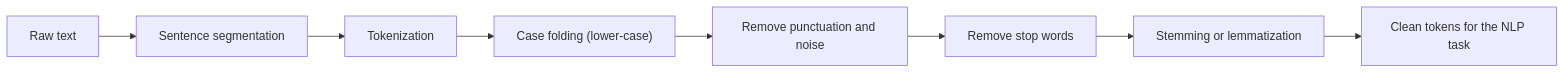
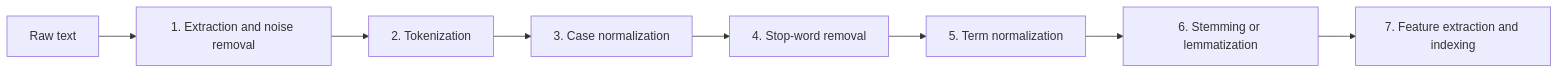
Before and after one commit to TrendySloth1001/sem-seven-notes: the first of 3 diagrams in content/natural-language-processing/notes/text-preprocessing.mdx, drawn with Mermaid. The commit also changed other lines of this file and 406 other files, not shown here.

Commit message:
Rewrite all NLP notes and answers from the teachers' class files and add both class assignments with solutions. They cite only the class notes, solved PYQs, assignment solution and Module 6 slides, use 67 class figures, and drop the web references and Wikimedia images.

````diff
--- a/content/natural-language-processing/notes/text-preprocessing.mdx
+++ b/content/natural-language-processing/notes/text-preprocessing.mdx
@@ -77,11 +45,11 @@
 ```mermaid
-%% caption: A usual preprocessing pipeline. Each box takes the output of the box before it. Not every task needs every step: a search engine usually keeps all of them, a chatbot using a modern language model often keeps only tokenization.
+%% caption: The text processing pipeline as the class lists it. Raw text goes in on the left; clean, uniform terms ready for indexing come out on the right.
 flowchart LR
-  A["Raw text"] --> B["Sentence segmentation"]
-  B --> C["Tokenization"]
-  C --> D["Case folding (lower-case)"]
-  D --> E["Remove punctuation and noise"]
-  E --> F["Remove stop words"]
-  F --> G["Stemming or lemmatization"]
-  G --> H["Clean tokens for the NLP task"]
+  A["Raw text"] --> B["1. Extraction and noise removal"]
+  B --> C["2. Tokenization"]
+  C --> D["3. Case normalization"]
+  D --> E["4. Stop-word removal"]
+  E --> F["5. Term normalization"]
+  F --> G["6. Stemming or lemmatization"]
+  G --> H["7. Feature extraction and indexing"]
 ```
````
